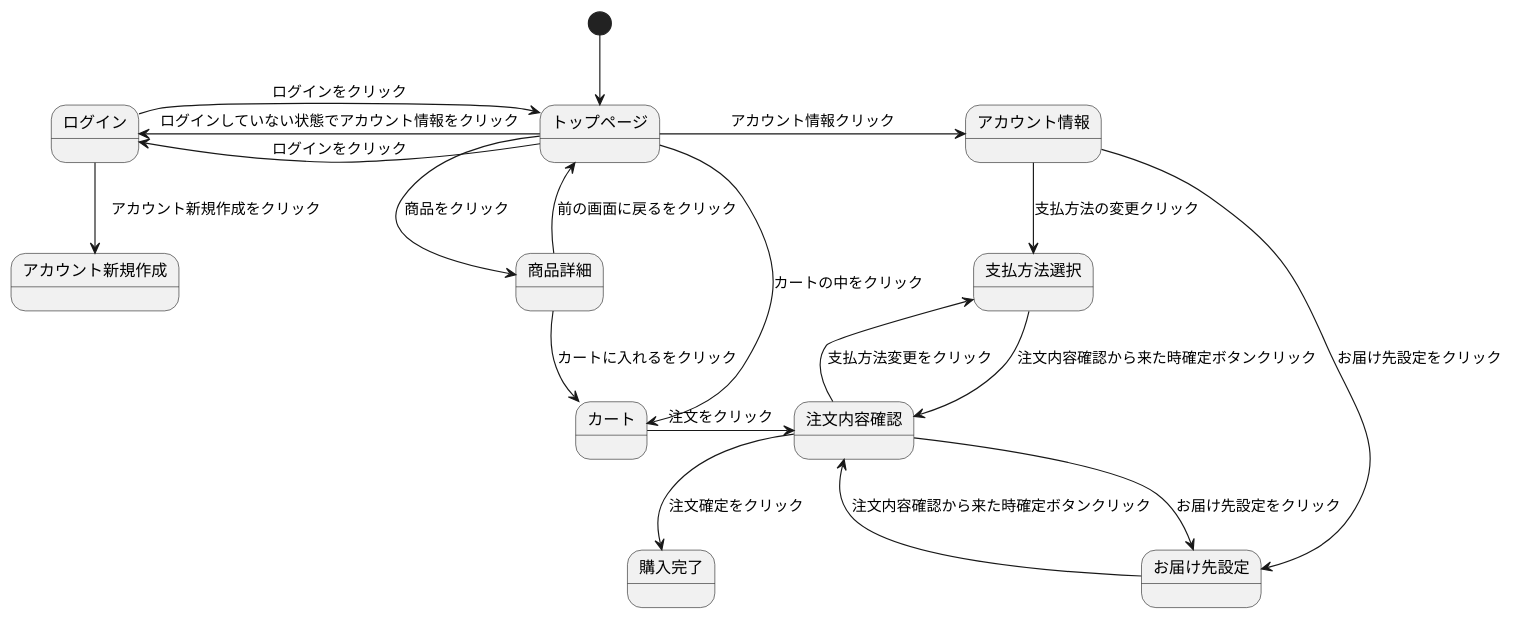
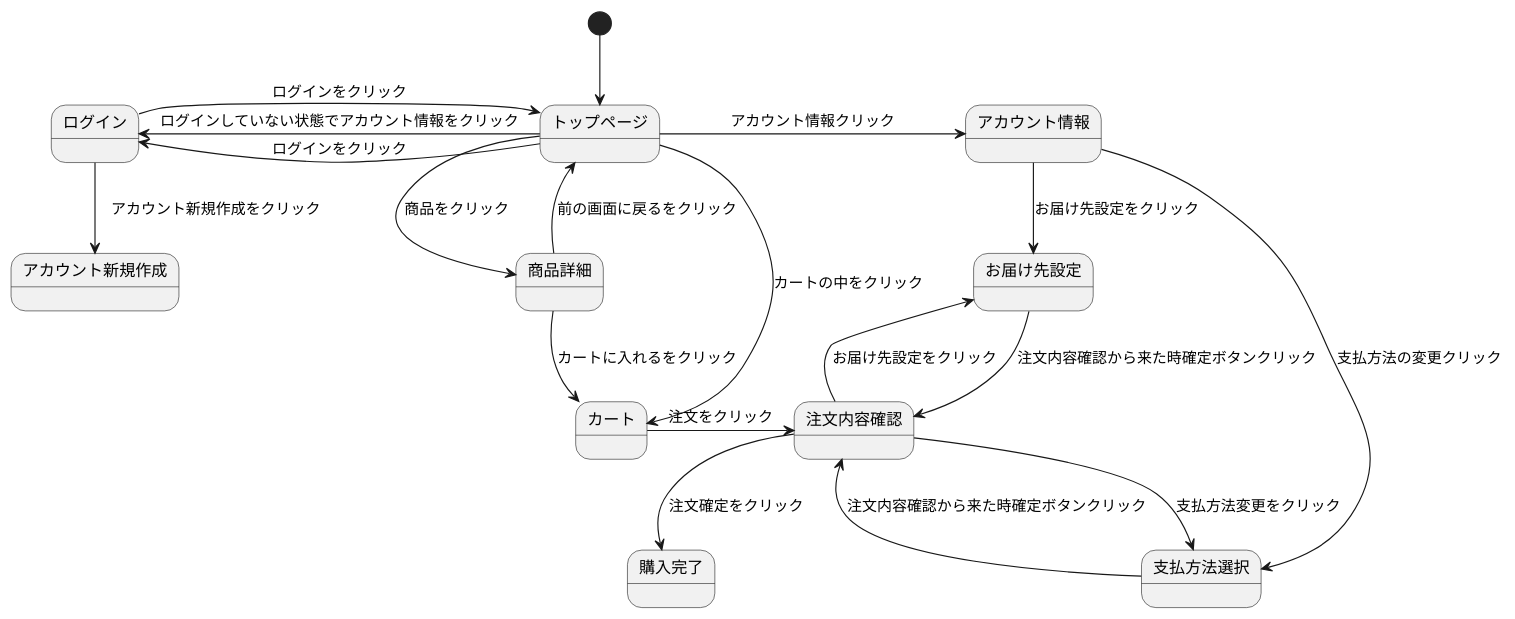
One commit to Aso2001133/2021sys-design changed the diagram in sumple_01.md. Above: the diagram before and after it, drawn with PlantUML.

````diff
--- a/sumple_01.md
+++ b/sumple_01.md
@@ -1,39 +1,39 @@
 ```uml
 @startuml
 [*] --> トップページ 
 
 トップページ -> アカウント情報 : アカウント情報クリック 
 
 トップページ -left-> ログイン : ログインをクリック
 
 トップページ -left-> ログイン : ログインしていない状態でアカウント情報をクリック
 
 トップページ --> 商品詳細 : 商品をクリック 
 
 トップページ ---> カート : カートの中をクリック 
 
 ログイン -> トップページ : ログインをクリック
 
 ログイン --> アカウント新規作成 :　アカウント新規作成をクリック
 
 アカウント情報 --> 支払方法選択 : 支払方法の変更クリック
 
 アカウント情報 --> お届け先設定 : お届け先設定をクリック 
 
 お届け先設定 --> 注文内容確認  : 注文内容確認から来た時確定ボタンクリック
 
 支払方法選択 --> 注文内容確認  : 注文内容確認から来た時確定ボタンクリック
 
 商品詳細 --> カート : カートに入れるをクリック 
 
 商品詳細 --> トップページ : 前の画面に戻るをクリック 
 
 カート -> 注文内容確認 : 注文をクリック 
 
-注文内容確認 --> 支払方法選択 : 支払方法変更をクリック 
+注文内容確認 -> 支払方法選択 : 支払方法変更をクリック 
 
-注文内容確認 --> お届け先設定 : お届け先設定をクリック 
+注文内容確認 -> お届け先設定 : お届け先設定をクリック 
 
 注文内容確認 --> 購入完了 : 注文確定をクリック 
 @enduml
 ```
````
